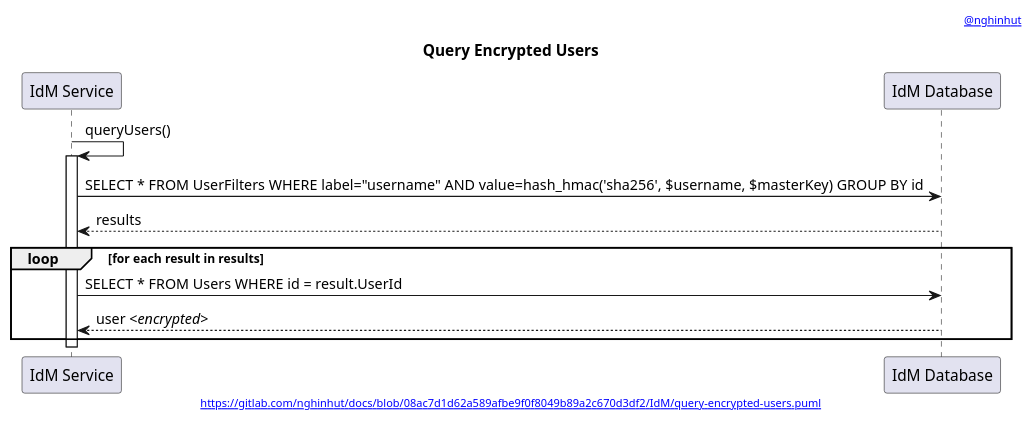
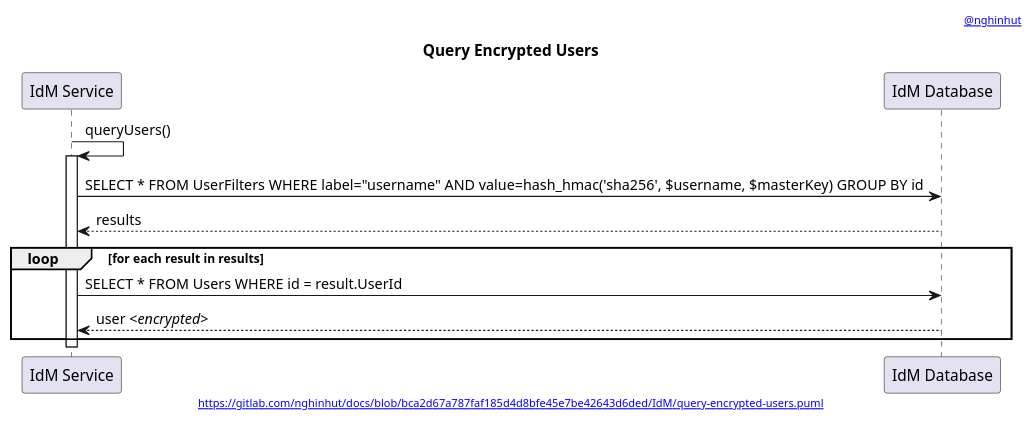
One commit to nghinhut/docs changed the diagram in IdM/query-encrypted-users.function.puml. Above: the diagram before and after it, drawn with PlantUML. The commit also changed 24 other files, not shown here.

```diff
--- a/IdM/query-encrypted-users.function.puml
+++ b/IdM/query-encrypted-users.function.puml
@@ -1,22 +1,22 @@
 @startuml
 '-----START auto generated metadata please keep comment here to allow auto update-----
 '-----DON'T EDIT THIS SECTION, INSTEAD RE-RUN prebuild.sh TO UPDATE-----
-header [[https://www.nghinhut.dev?from=http%5C%3A%5C%2F%5C%2Fwww%5C.plantuml%5C.com%5C%2Fplantuml%5C%2Fproxy%3Ffmt%3Dsvg%5C%26src%3Dhttps%5C%3A%5C%2F%5C%2Fgitlab%5C.com%5C%2Fnghinhut%5C%2Fdocs%5C%2Fraw%5C%2F08ac7d1d62a589afbe9f0f8049b89a2c670d3df2%5C%2FIdM%5C%2Fquery-encrypted-users%5C.puml%0A @nghinhut]]
-footer [[http://www.plantuml.com/plantuml/proxy?fmt=svg&src=https://gitlab.com/nghinhut/docs/raw/08ac7d1d62a589afbe9f0f8049b89a2c670d3df2/IdM/query-encrypted-users.puml https://gitlab.com/nghinhut/docs/blob/08ac7d1d62a589afbe9f0f8049b89a2c670d3df2/IdM/query-encrypted-users.puml]]
+header [[https://www.nghinhut.dev?from=http%5C%3A%5C%2F%5C%2Fwww%5C.plantuml%5C.com%5C%2Fplantuml%5C%2Fproxy%3Ffmt%3Dsvg%5C%26src%3Dhttps%5C%3A%5C%2F%5C%2Fgitlab%5C.com%5C%2Fnghinhut%5C%2Fdocs%5C%2Fraw%5C%2Fbca2d67a787faf185d4d8bfe45e7be42643d6ded%5C%2FIdM%5C%2Fquery-encrypted-users%5C.puml%0A @nghinhut]]
+footer [[http://www.plantuml.com/plantuml/proxy?fmt=svg&src=https://gitlab.com/nghinhut/docs/raw/bca2d67a787faf185d4d8bfe45e7be42643d6ded/IdM/query-encrypted-users.puml https://gitlab.com/nghinhut/docs/blob/bca2d67a787faf185d4d8bfe45e7be42643d6ded/IdM/query-encrypted-users.puml]]
 '-----END auto generated metadata please keep comment here to allow auto update-----
 title Query Encrypted Users
 
 participant "IdM Service" as idm
 participant "IdM Database" as db
 
 idm -> idm : queryUsers()
 activate idm
     idm -> db : SELECT * FROM UserFilters WHERE label="username" AND value=hash_hmac('sha256', $username, $masterKey) GROUP BY id
     idm <-- db : results
 
     loop for each result in results
         idm -> db : SELECT * FROM Users WHERE id = result.UserId
         idm <-- db : user <//encrypted//>
     end
 deactivate idm
 @enduml
```
